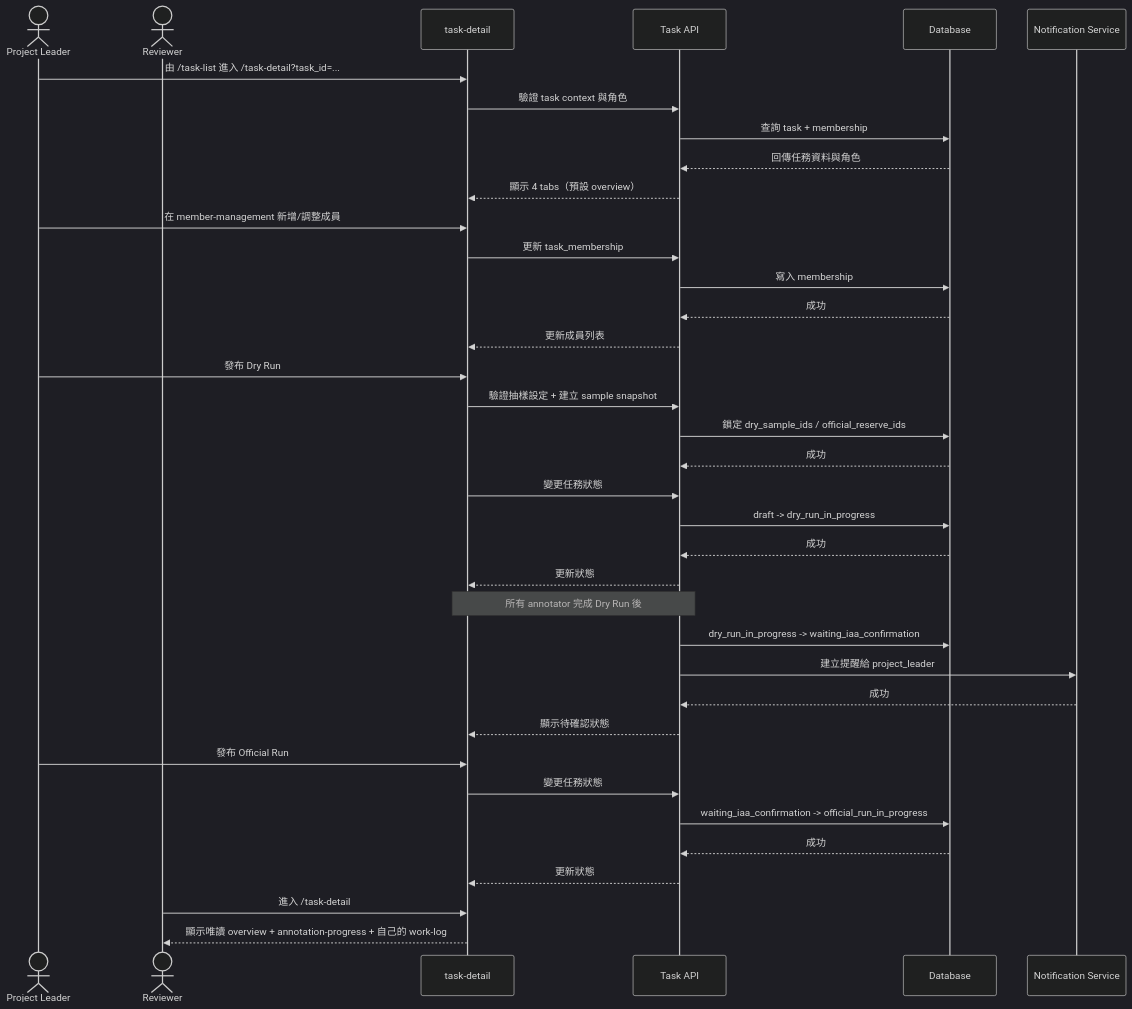
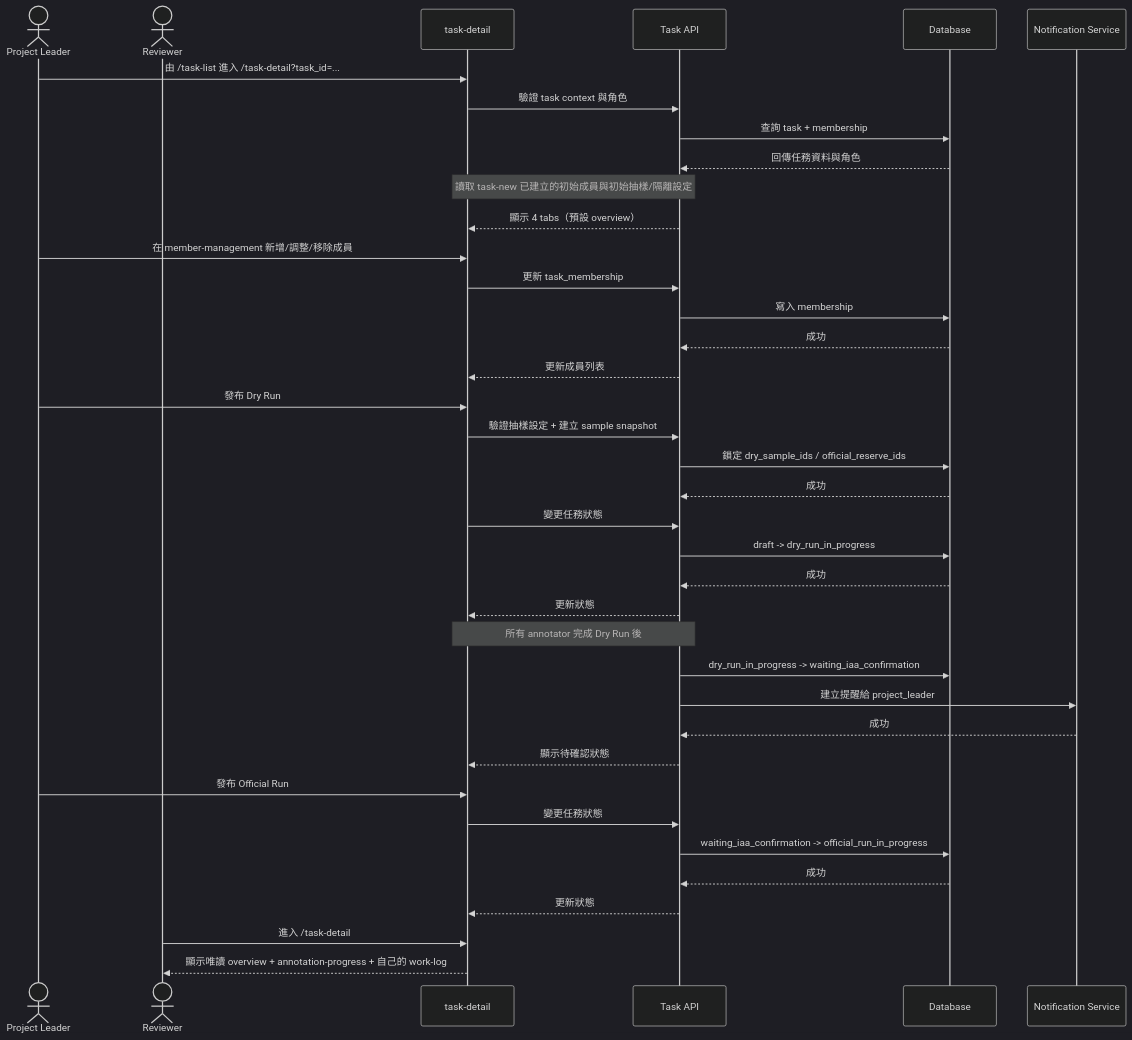
Before and after one commit to singyichen/label-suite: the first of 2 diagrams in specs/task-management/014-task-detail/spec.md, drawn with Mermaid (dark theme). The commit also changed other lines of this file and 2 other files, not shown here.

Commit message:
task-management: sync task-new/task-detail startup settings and wording

````diff
--- a/specs/task-management/014-task-detail/spec.md
+++ b/specs/task-management/014-task-detail/spec.md
@@ -31,45 +31,46 @@
 ```mermaid
 sequenceDiagram
     actor PL as Project Leader
     actor RV as Reviewer
     participant UI as task-detail
     participant API as Task API
     participant DB as Database
     participant Notify as Notification Service
 
     PL->>UI: 由 /task-list 進入 /task-detail?task_id=...
     UI->>API: 驗證 task context 與角色
     API->>DB: 查詢 task + membership
     DB-->>API: 回傳任務資料與角色
+    Note over UI,API: 讀取 task-new 已建立的初始成員與初始抽樣/隔離設定
     API-->>UI: 顯示 4 tabs（預設 overview）
 
-    PL->>UI: 在 member-management 新增/調整成員
+    PL->>UI: 在 member-management 新增/調整/移除成員
     UI->>API: 更新 task_membership
     API->>DB: 寫入 membership
     DB-->>API: 成功
     API-->>UI: 更新成員列表
 
     PL->>UI: 發布 Dry Run
     UI->>API: 驗證抽樣設定 + 建立 sample snapshot
     API->>DB: 鎖定 dry_sample_ids / official_reserve_ids
     DB-->>API: 成功
     UI->>API: 變更任務狀態
     API->>DB: draft -> dry_run_in_progress
     DB-->>API: 成功
     API-->>UI: 更新狀態
 
     Note over UI,API: 所有 annotator 完成 Dry Run 後
     API->>DB: dry_run_in_progress -> waiting_iaa_confirmation
     API->>Notify: 建立提醒給 project_leader
     Notify-->>API: 成功
     API-->>UI: 顯示待確認狀態
 
     PL->>UI: 發布 Official Run
     UI->>API: 變更任務狀態
     API->>DB: waiting_iaa_confirmation -> official_run_in_progress
     DB-->>API: 成功
     API-->>UI: 更新狀態
 
     RV->>UI: 進入 /task-detail
     UI-->>RV: 顯示唯讀 overview + annotation-progress + 自己的 work-log
 ```
````
